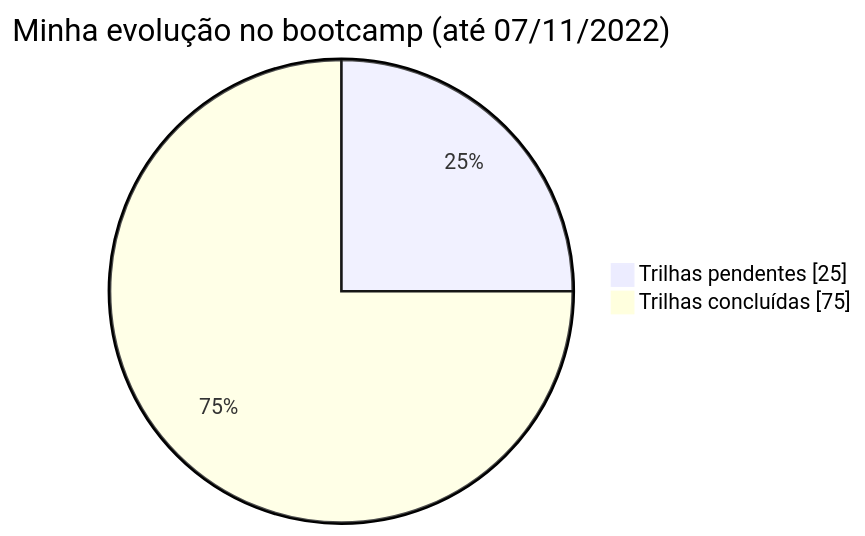
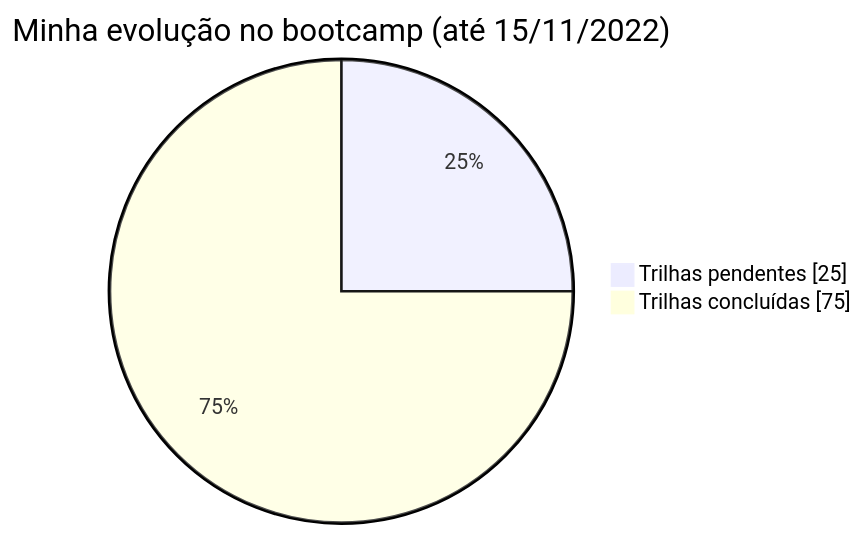
The diagram in 1-Desafios-de-Projeto/desafio-projeto-1/README.md (michelelozada/Bootcamp-DIO-Java-Beginners), drawn with Mermaid before and after one commit. The commit also changed other lines of this file, not shown here.

````diff
--- a/1-Desafios-de-Projeto/desafio-projeto-1/README.md
+++ b/1-Desafios-de-Projeto/desafio-projeto-1/README.md
@@ -19,6 +19,6 @@
 ```mermaid
 pie showData
-  title Minha evolução no bootcamp (até 07/11/2022)
+  title Minha evolução no bootcamp (até 15/11/2022)
 	"Trilhas pendentes" : 25
     "Trilhas concluídas" : 75
 ```
````
